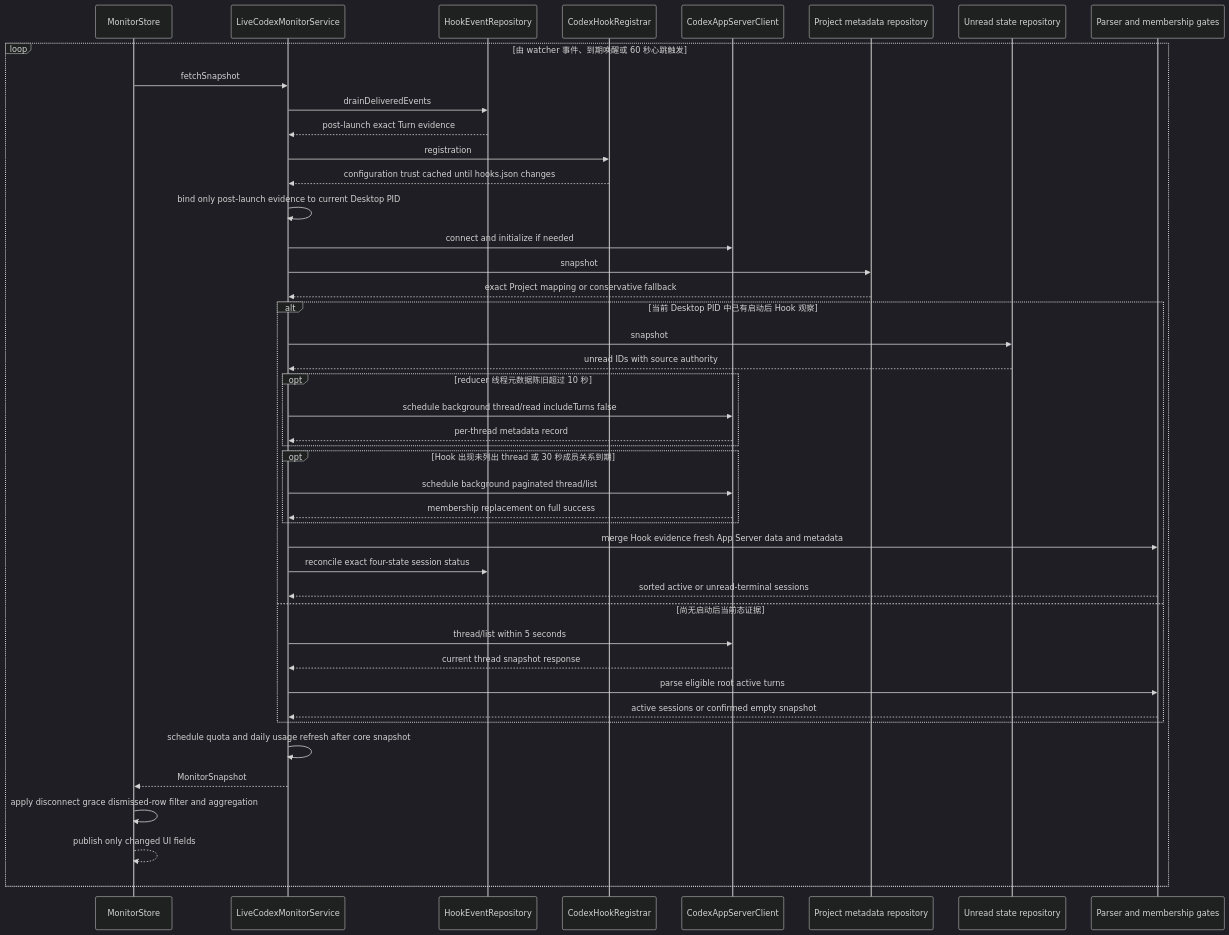
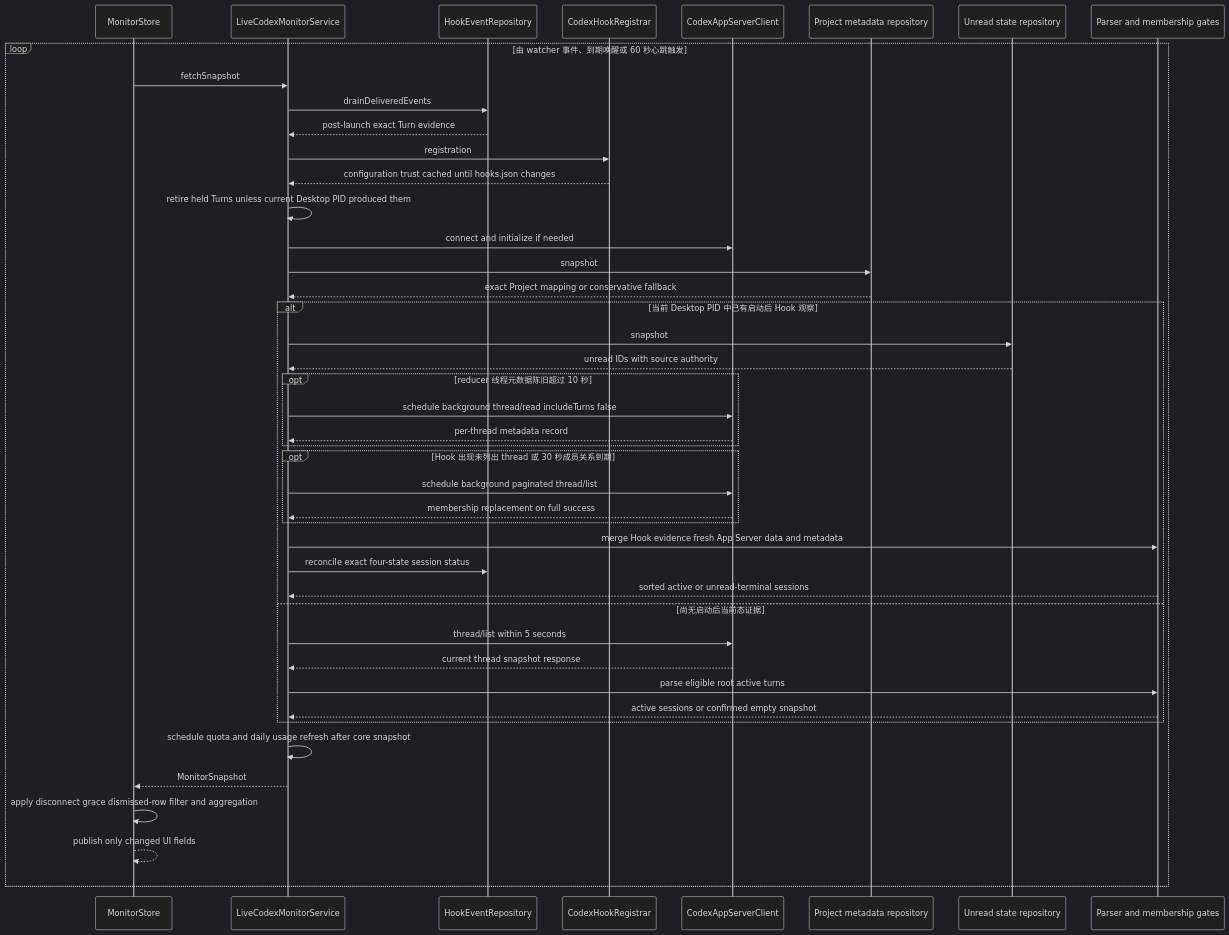
The second of 6 diagrams in docs/system-architecture.md (soondubu137/notchline), drawn with Mermaid (dark theme) before and after one commit. The commit also changed other lines of this file and 5 other files, not shown here.

````diff
--- a/docs/system-architecture.md
+++ b/docs/system-architecture.md
@@ -151,49 +151,49 @@
 ```mermaid
 sequenceDiagram
     participant store as MonitorStore
     participant service as LiveCodexMonitorService
     participant hooks as HookEventRepository
     participant registrar as CodexHookRegistrar
     participant appServer as CodexAppServerClient
     participant project as Project metadata repository
     participant unread as Unread state repository
     participant reducer as Parser and membership gates
 
     loop 由 watcher 事件、到期唤醒或 60 秒心跳触发
         store->>service: fetchSnapshot
         service->>hooks: drainDeliveredEvents
         hooks-->>service: post-launch exact Turn evidence
         service->>registrar: registration
         registrar-->>service: configuration trust cached until hooks.json changes
-        service->>service: bind only post-launch evidence to current Desktop PID
+        service->>service: retire held Turns unless current Desktop PID produced them
         service->>appServer: connect and initialize if needed
         service->>project: snapshot
         project-->>service: exact Project mapping or conservative fallback
 
         alt 当前 Desktop PID 中已有启动后 Hook 观察
             service->>unread: snapshot
             unread-->>service: unread IDs with source authority
             opt reducer 线程元数据陈旧超过 10 秒
                 service->>appServer: schedule background thread/read includeTurns false
                 appServer-->>service: per-thread metadata record
             end
             opt Hook 出现未列出 thread 或 30 秒成员关系到期
                 service->>appServer: schedule background paginated thread/list
                 appServer-->>service: membership replacement on full success
             end
             service->>reducer: merge Hook evidence fresh App Server data and metadata
             service->>hooks: reconcile exact four-state session status
             reducer-->>service: sorted active or unread-terminal sessions
         else 尚无启动后当前态证据
             service->>appServer: thread/list within 5 seconds
             appServer-->>service: current thread snapshot response
             service->>reducer: parse eligible root active turns
             reducer-->>service: active sessions or confirmed empty snapshot
         end
 
         service->>service: schedule quota and daily usage refresh after core snapshot
         service-->>store: MonitorSnapshot
         store->>store: apply disconnect grace dismissed-row filter and aggregation
         store-->>store: publish only changed UI fields
     end
 ```
````
